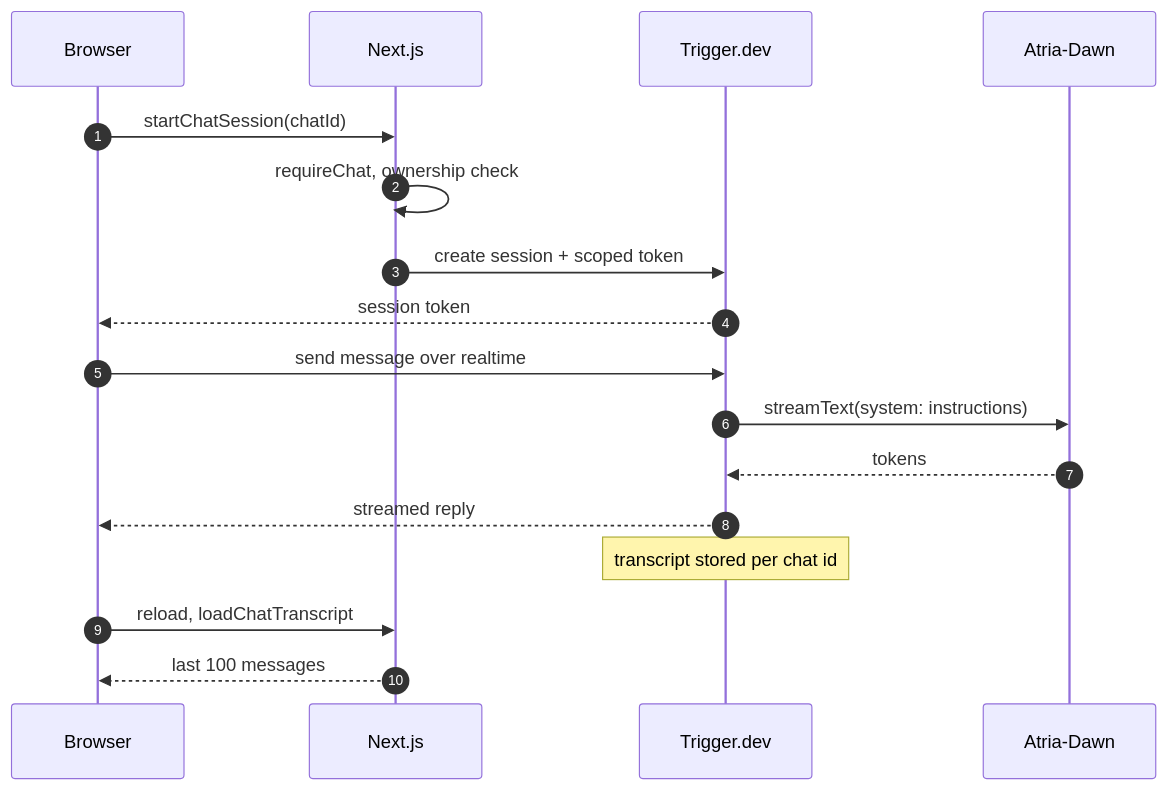
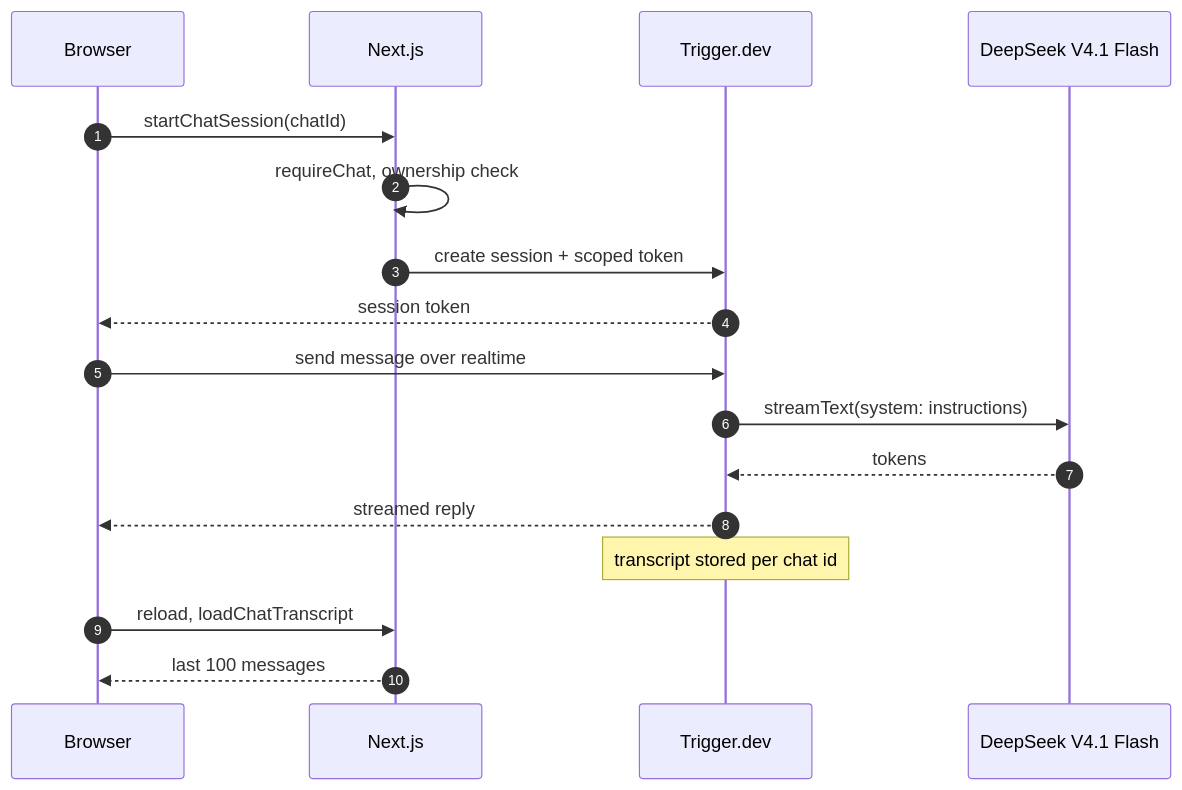
The second of 3 diagrams in README.md (78days/Pandora), drawn with Mermaid before and after one commit. The commit also changed other lines of this file and 8 other files, not shown here.

````diff
--- a/README.md
+++ b/README.md
@@ -100,20 +100,20 @@
 ```mermaid
 sequenceDiagram
     autonumber
     participant U as Browser
     participant N as Next.js
     participant T as Trigger.dev
-    participant M as Atria-Dawn
+    participant M as DeepSeek V4.1 Flash
 
     U->>N: startChatSession(chatId)
     N->>N: requireChat, ownership check
     N->>T: create session + scoped token
     T-->>U: session token
     U->>T: send message over realtime
     T->>M: streamText(system: instructions)
     M-->>T: tokens
     T-->>U: streamed reply
     Note over T: transcript stored per chat id
     U->>N: reload, loadChatTranscript
     N-->>U: last 100 messages
 ```
````
